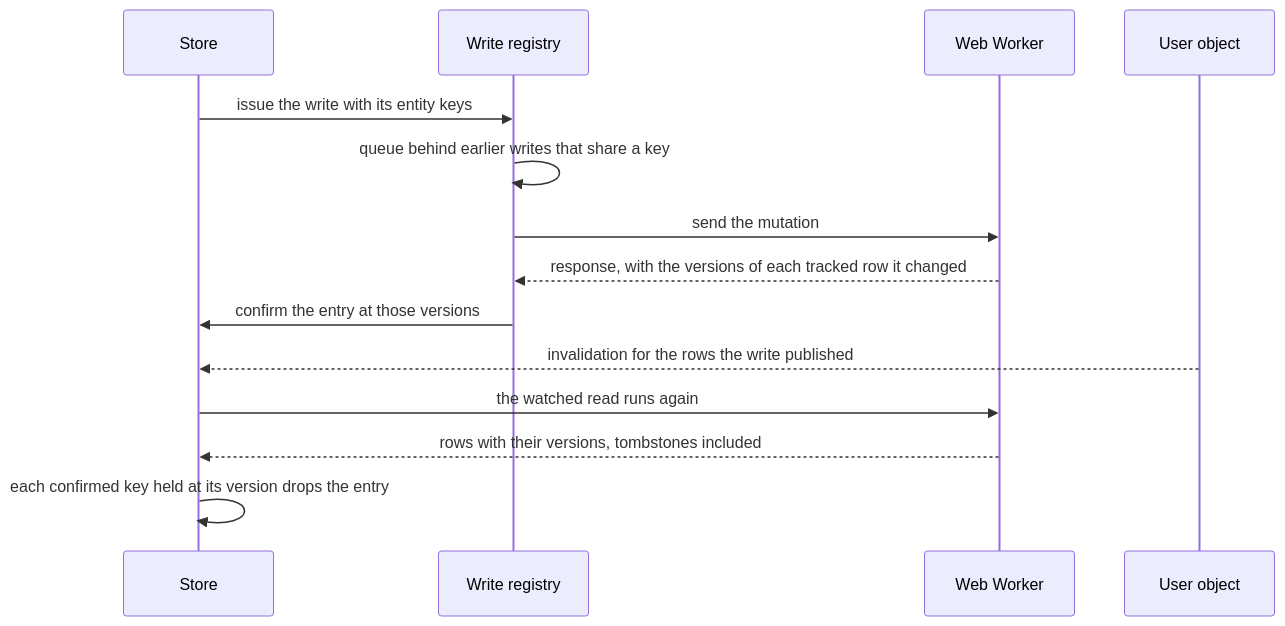
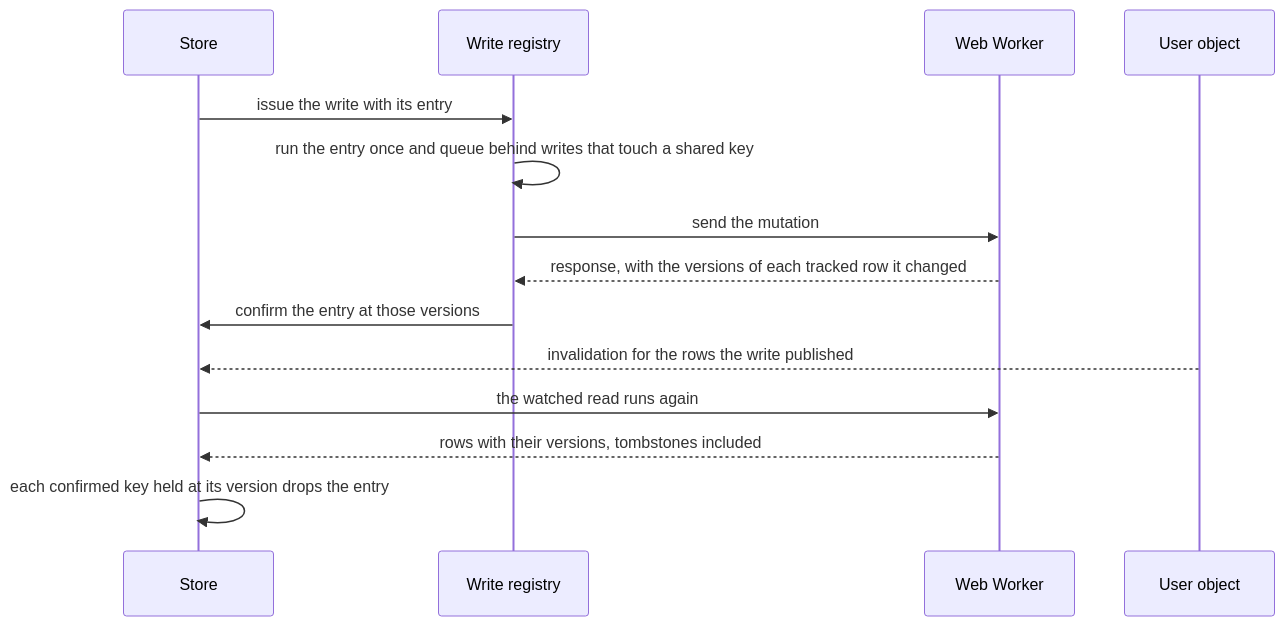
One commit to Esposter/Esposter changed the second of 2 diagrams in openspec/changes/architecture-optimistic-overlay/design.md. Above: the diagram before and after it, drawn with Mermaid. The commit also changed other lines of this file and 2 other files, not shown here.

First line of the commit message:
docs(openspec): the overlay's write queue is keyed by the rows its entry touches

````diff
--- a/openspec/changes/architecture-optimistic-overlay/design.md
+++ b/openspec/changes/architecture-optimistic-overlay/design.md
@@ -46,16 +47,16 @@
 ```mermaid
 sequenceDiagram
   participant S as Store
   participant R as Write registry
   participant W as Web Worker
   participant U as User object
-  S->>R: issue the write with its entity keys
-  R->>R: queue behind earlier writes that share a key
+  S->>R: issue the write with its entry
+  R->>R: run the entry once and queue behind writes that touch a shared key
   R->>W: send the mutation
   W-->>R: response, with the versions of each tracked row it changed
   R->>S: confirm the entry at those versions
   U-->>S: invalidation for the rows the write published
   S->>W: the watched read runs again
   W-->>S: rows with their versions, tombstones included
   S->>S: each confirmed key held at its version drops the entry
 ```
````
